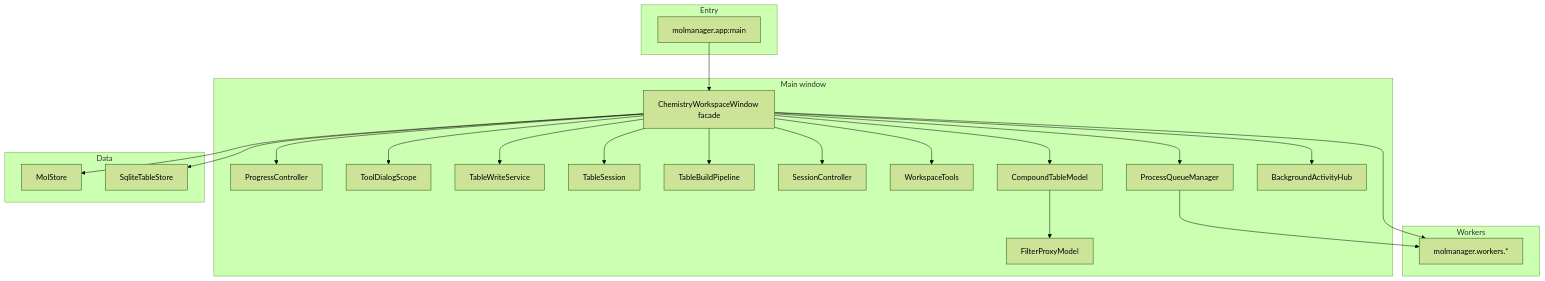
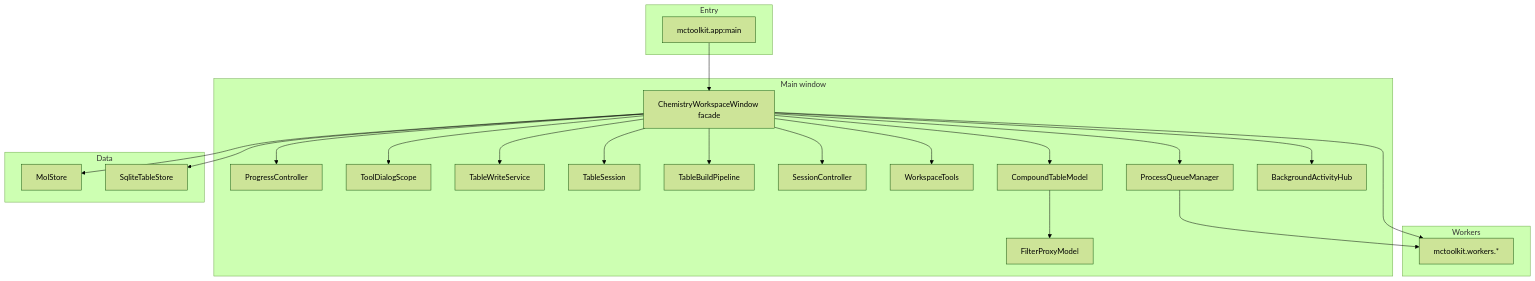
One commit to hunterp5/MCToolkit changed the diagram in docs/ARCHITECTURE.md. Above: the diagram before and after it, drawn with Mermaid (forest theme). The commit also changed other lines of this file and 1384 other files, not shown here.

````diff
--- a/docs/ARCHITECTURE.md
+++ b/docs/ARCHITECTURE.md
@@ -7,43 +7,43 @@
 ```mermaid
 flowchart TB
   subgraph entry [Entry]
-    app[molmanager.app:main]
+    app[mctoolkit.app:main]
   end
   subgraph window [Main window]
     CTA[ChemistryWorkspaceWindow facade]
     PROG[ProgressController]
     SCOPE[ToolDialogScope]
     WRITE[TableWriteService]
     TS[TableSession]
     BUILD[TableBuildPipeline]
     SESS[SessionController]
     TOOLS[WorkspaceTools]
     CTM[CompoundTableModel]
     FPM[FilterProxyModel]
     PQ[ProcessQueueManager]
     HUB[BackgroundActivityHub]
   end
   subgraph data [Data]
     mols[MolStore]
     sqlite[SqliteTableStore]
   end
   subgraph workers [Workers]
-    W[molmanager.workers.*]
+    W[mctoolkit.workers.*]
   end
   app --> CTA
   CTA --> PROG
   CTA --> SCOPE
   CTA --> WRITE
   CTA --> TS
   CTA --> BUILD
   CTA --> SESS
   CTA --> TOOLS
   CTA --> CTM
   CTM --> FPM
   CTA --> PQ
   CTA --> HUB
   CTA --> mols
   CTA --> sqlite
   PQ --> W
   CTA --> W
 ```
````
